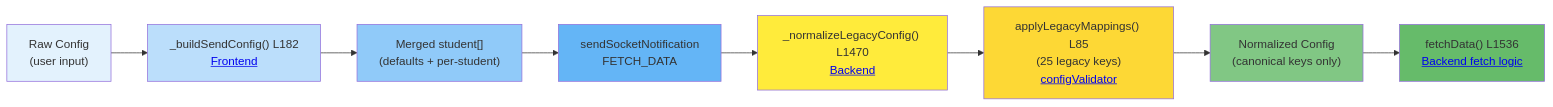
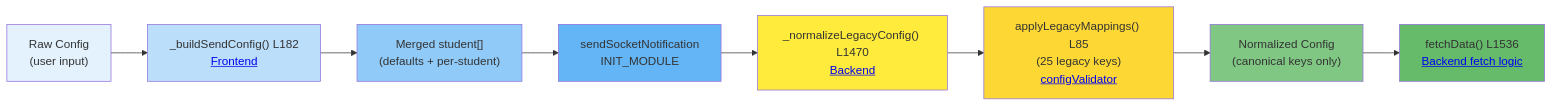
One commit to HeikoGr/MMM-Webuntis changed the fourth of 13 diagrams in docs/ARCHITECTURE.md. Above: the diagram before and after it, drawn with Mermaid. The commit also changed other lines of this file and 12 other files, not shown here.

````diff
--- a/docs/ARCHITECTURE.md
+++ b/docs/ARCHITECTURE.md
@@ -453,20 +457,20 @@
 ```mermaid
 graph LR
     A["Raw Config<br/>(user input)"]:::input
     --> B["_buildSendConfig() L182<br/><a href='https://github.com/HeikoGr/MMM-Webuntis/blob/master/MMM-Webuntis.js#L182'>Frontend</a>"]:::frontend
     --> C["Merged student[]<br/>(defaults + per-student)"]:::merged
-    --> D["sendSocketNotification<br/>FETCH_DATA"]:::socket
+    --> D["sendSocketNotification<br/>INIT_MODULE"]:::socket
     --> E["_normalizeLegacyConfig() L1470<br/><a href='https://github.com/HeikoGr/MMM-Webuntis/blob/master/node_helper.js#L1470'>Backend</a>"]:::backend
     --> F["applyLegacyMappings() L85<br/>(25 legacy keys)<br/><a href='https://github.com/HeikoGr/MMM-Webuntis/blob/master/lib/configValidator.js#L85'>configValidator</a>"]:::validator
     --> G["Normalized Config<br/>(canonical keys only)"]:::normalized
     --> H["fetchData() L1536<br/><a href='https://github.com/HeikoGr/MMM-Webuntis/blob/master/node_helper.js#L1536'>Backend fetch logic</a>"]:::fetch
 
     classDef input fill:#e3f2fd
     classDef frontend fill:#bbdefb
     classDef merged fill:#90caf9
     classDef socket fill:#64b5f6
     classDef backend fill:#ffeb3b
     classDef validator fill:#fdd835
     classDef normalized fill:#81c784
     classDef fetch fill:#66bb6a
 ```
````
